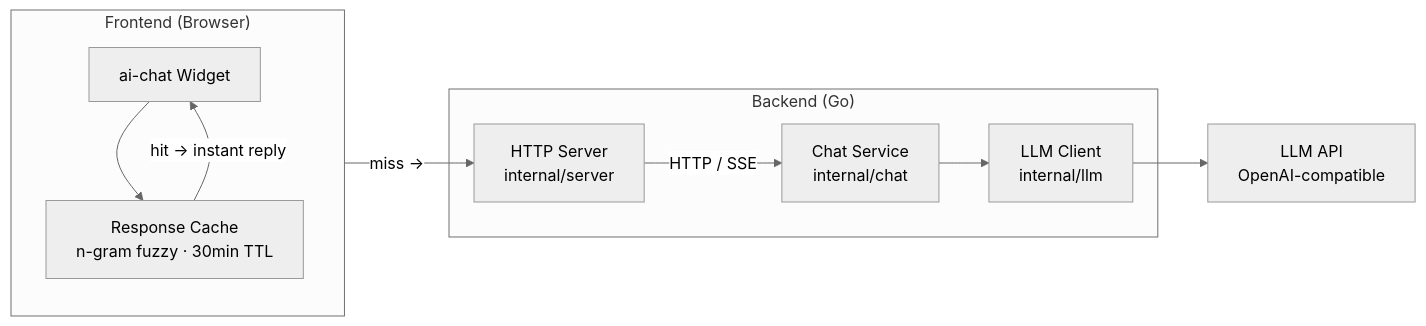
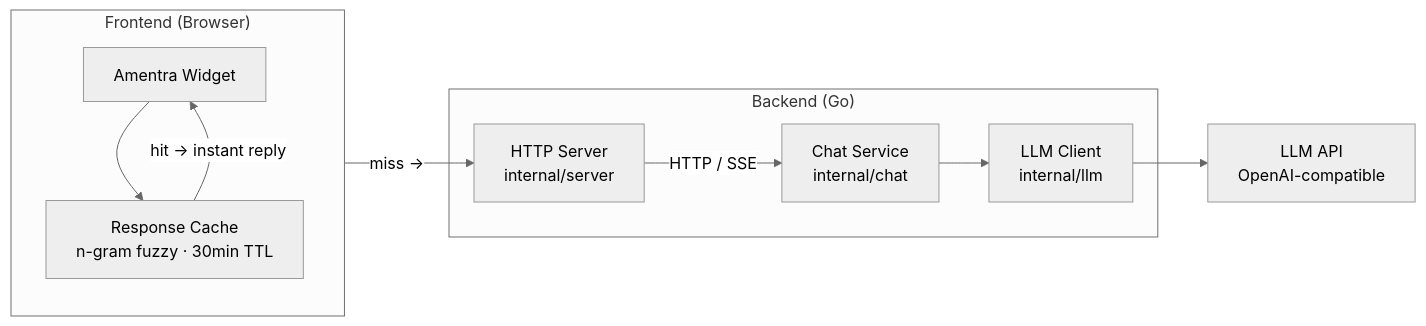
The diagram in README.md (riskizulfiansyah/amentra), drawn with Mermaid (neutral theme) before and after one commit. The commit also changed other lines of this file and 47 other files, not shown here.

````diff
--- a/README.md
+++ b/README.md
@@ -17,21 +26,21 @@
 ```mermaid
 graph LR
     subgraph Frontend["Frontend (Browser)"]
         direction TB
-        W["ai-chat Widget"]
+        W["Amentra Widget"]
         CACHE["Response Cache<br/>n-gram fuzzy · 30min TTL"]
     end
     subgraph Backend["Backend (Go)"]
         API["HTTP Server<br/>internal/server"]
         SVC["Chat Service<br/>internal/chat"]
         LLM["LLM Client<br/>internal/llm"]
     end
     LLM_API["LLM API<br/>OpenAI-compatible"]
 
     W --> CACHE
     CACHE -->|"miss →"| API
     CACHE -->|"hit → instant reply"| W
     API -->|"HTTP / SSE"| SVC
     SVC --> LLM
     LLM --> LLM_API
 ```
````
